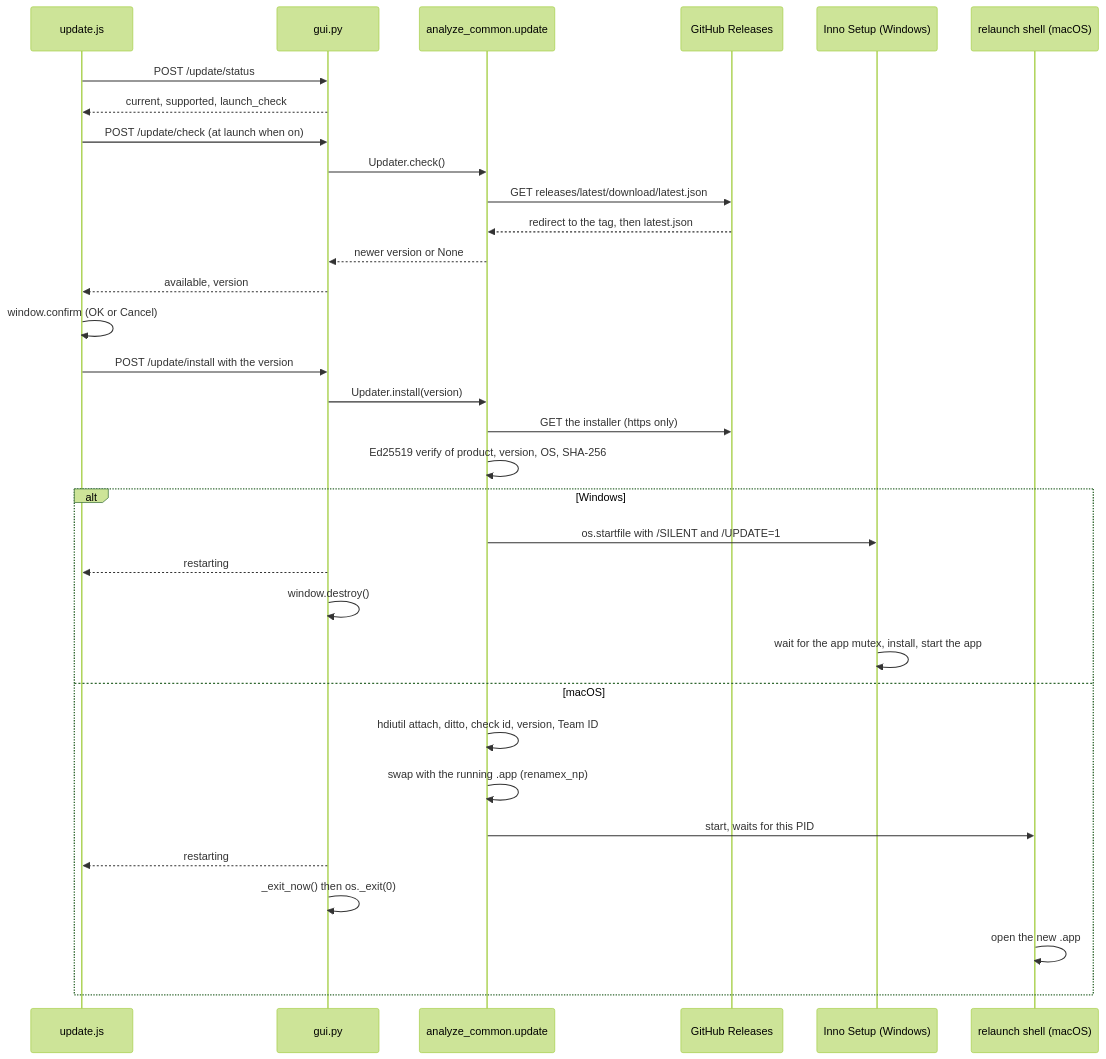
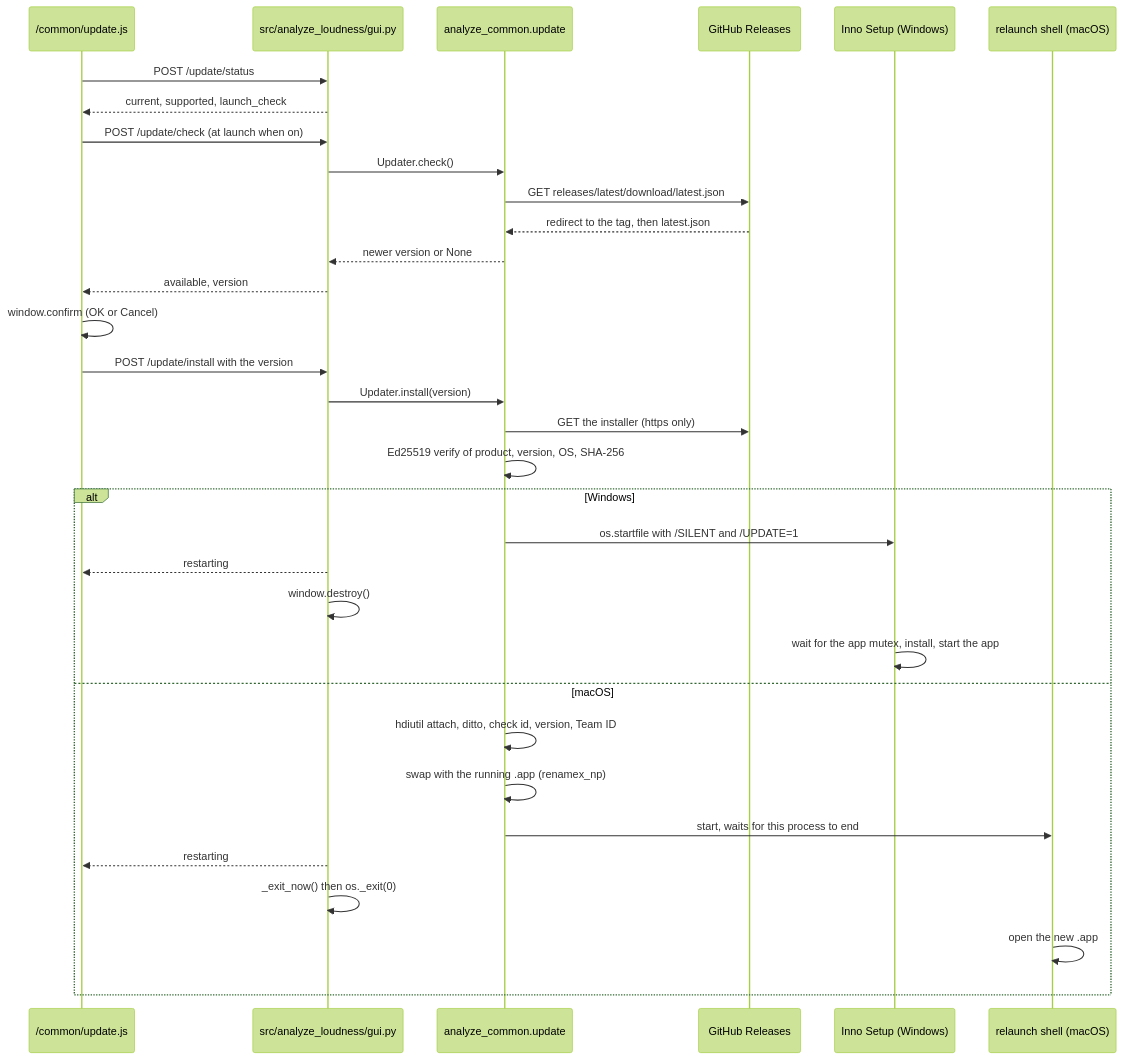
One commit to semnil/analyze-loudness changed the fourth of 4 diagrams in docs/architecture.md. Above: the diagram before and after it, drawn with Mermaid (forest theme). The commit also changed other lines of this file and 7 other files, not shown here.

````diff
--- a/docs/architecture.md
+++ b/docs/architecture.md
@@ -256,35 +192,35 @@
 ```mermaid
 sequenceDiagram
-    participant UI as update.js
-    participant S as gui.py
+    participant UI as /common/update.js
+    participant S as src/analyze_loudness/gui.py
     participant U as analyze_common.update
     participant GH as GitHub Releases
     participant Setup as Inno Setup (Windows)
     participant Sh as relaunch shell (macOS)
     UI->>S: POST /update/status
     S-->>UI: current, supported, launch_check
     UI->>S: POST /update/check (at launch when on)
     S->>U: Updater.check()
     U->>GH: GET releases/latest/download/latest.json
     GH-->>U: redirect to the tag, then latest.json
     U-->>S: newer version or None
     S-->>UI: available, version
     UI->>UI: window.confirm (OK or Cancel)
     UI->>S: POST /update/install with the version
     S->>U: Updater.install(version)
     U->>GH: GET the installer (https only)
     U->>U: Ed25519 verify of product, version, OS, SHA-256
     alt Windows
         U->>Setup: os.startfile with /SILENT and /UPDATE=1
         S-->>UI: restarting
         S->>S: window.destroy()
         Setup->>Setup: wait for the app mutex, install, start the app
     else macOS
         U->>U: hdiutil attach, ditto, check id, version, Team ID
         U->>U: swap with the running .app (renamex_np)
-        U->>Sh: start, waits for this PID
+        U->>Sh: start, waits for this process to end
         S-->>UI: restarting
         S->>S: _exit_now() then os._exit(0)
         Sh->>Sh: open the new .app
     end
 ```
````
